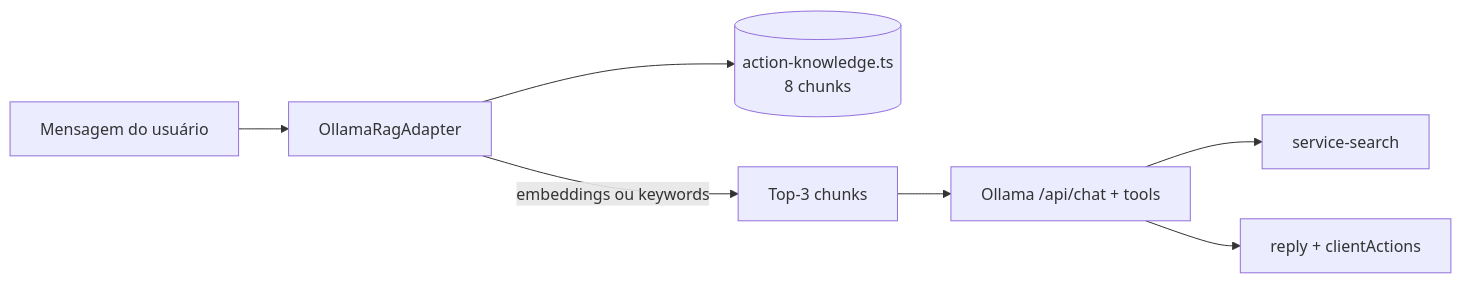
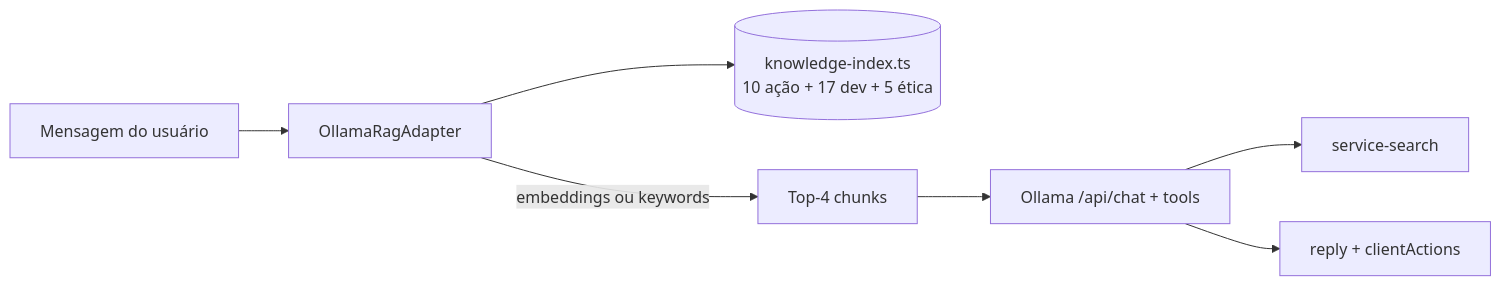
The diagram in services/service-ai/README.md (FranciscoStanley/MyJarvis), drawn with Mermaid before and after one commit. The commit also changed other lines of this file and 22 other files, not shown here.

First line of the commit message:
feat(ai): expande base RAG com dev, etica e busca de docs

````diff
--- a/services/service-ai/README.md
+++ b/services/service-ai/README.md
@@ -30,9 +36,9 @@
 ```mermaid
 flowchart LR
     MSG[Mensagem do usuário] --> RAG[OllamaRagAdapter]
-    RAG --> KB[(action-knowledge.ts<br/>8 chunks)]
-    RAG -->|embeddings ou keywords| CTX[Top-3 chunks]
+    RAG --> KB[(knowledge-index.ts<br/>10 ação + 17 dev + 5 ética)]
+    RAG -->|embeddings ou keywords| CTX[Top-4 chunks]
     CTX --> OLLAMA[Ollama /api/chat + tools]
     OLLAMA --> SEARCH[service-search]
     OLLAMA --> REPLY[reply + clientActions]
 ```
````
